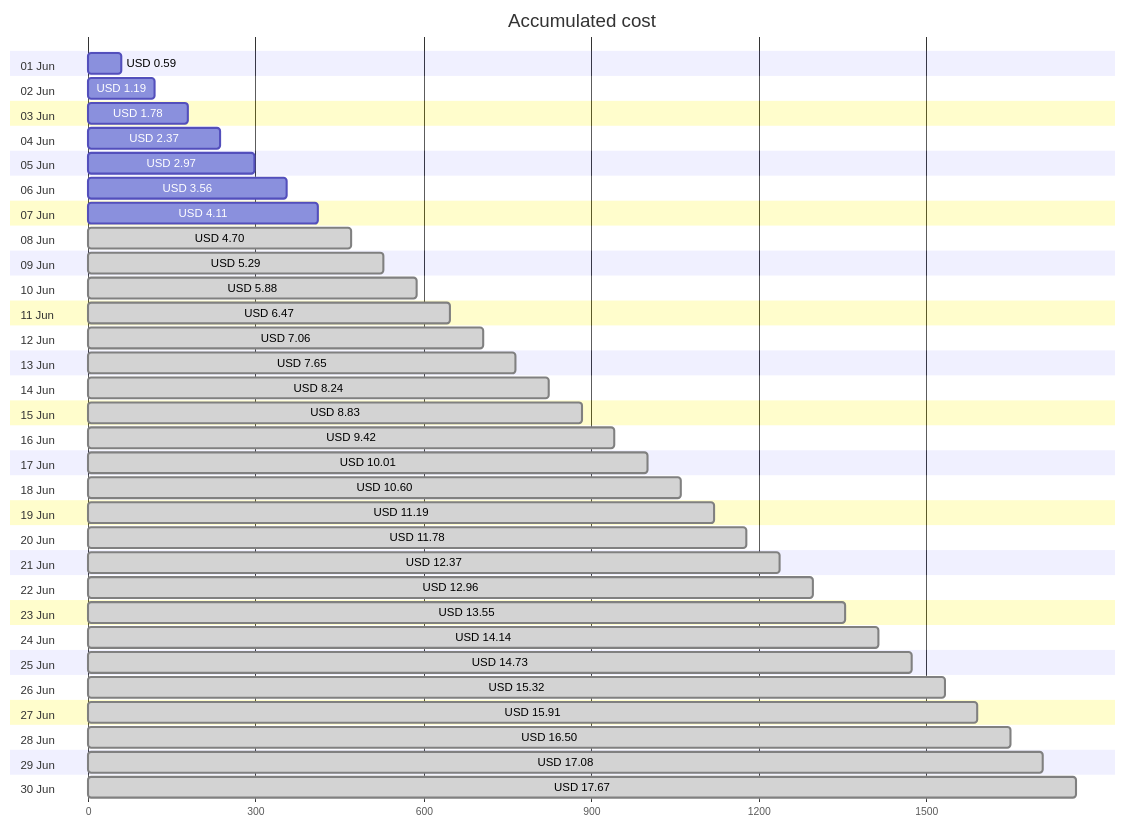
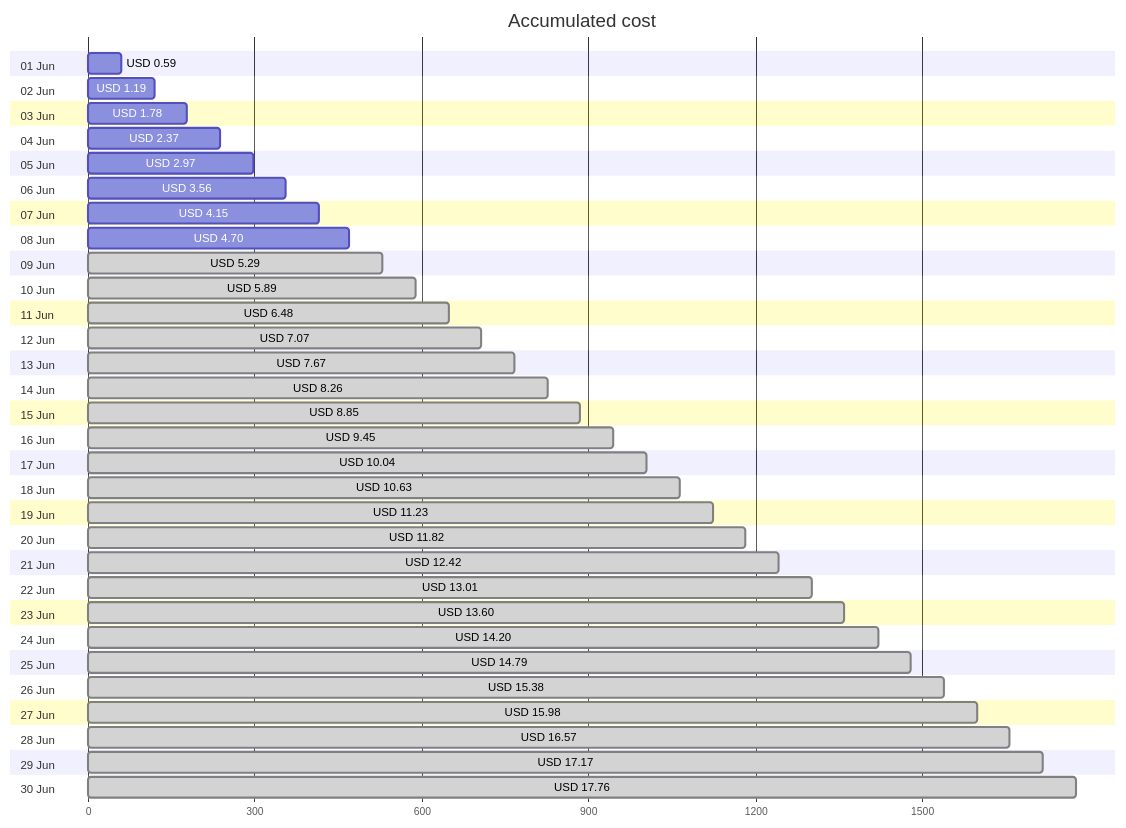
The first of 4 diagrams in cost-reports/personal-site/README.md (jpfulton/azure-personal-reports), drawn with Mermaid before and after one commit. The commit also changed other lines of this file and 6 other files, not shown here.

````diff
--- a/cost-reports/personal-site/README.md
+++ b/cost-reports/personal-site/README.md
@@ -20,66 +20,66 @@
 ```mermaid
 gantt
    title Accumulated cost
    dateFormat  X
    axisFormat %s
    section 01 Jun
    USD 0.59 :0, 59
    section 02 Jun
    USD 1.19 :0, 119
    section 03 Jun
    USD 1.78 :0, 178
    section 04 Jun
    USD 2.37 :0, 237
    section 05 Jun
    USD 2.97 :0, 297
    section 06 Jun
    USD 3.56 :0, 356
    section 07 Jun
-   USD 4.11 :0, 411
+   USD 4.15 :0, 415
    section 08 Jun
-   USD 4.70 : done, 0, 470
+   USD 4.70 :0, 470
    section 09 Jun
    USD 5.29 : done, 0, 529
    section 10 Jun
-   USD 5.88 : done, 0, 588
+   USD 5.89 : done, 0, 589
    section 11 Jun
-   USD 6.47 : done, 0, 647
+   USD 6.48 : done, 0, 648
    section 12 Jun
-   USD 7.06 : done, 0, 706
+   USD 7.07 : done, 0, 707
    section 13 Jun
-   USD 7.65 : done, 0, 765
+   USD 7.67 : done, 0, 767
    section 14 Jun
-   USD 8.24 : done, 0, 824
+   USD 8.26 : done, 0, 826
    section 15 Jun
-   USD 8.83 : done, 0, 883
+   USD 8.85 : done, 0, 885
    section 16 Jun
-   USD 9.42 : done, 0, 942
+   USD 9.45 : done, 0, 945
    section 17 Jun
-   USD 10.01 : done, 0, 1001
+   USD 10.04 : done, 0, 1004
    section 18 Jun
-   USD 10.60 : done, 0, 1060
+   USD 10.63 : done, 0, 1063
    section 19 Jun
-   USD 11.19 : done, 0, 1119
+   USD 11.23 : done, 0, 1123
    section 20 Jun
-   USD 11.78 : done, 0, 1178
+   USD 11.82 : done, 0, 1182
    section 21 Jun
-   USD 12.37 : done, 0, 1237
+   USD 12.42 : done, 0, 1242
    section 22 Jun
-   USD 12.96 : done, 0, 1296
+   USD 13.01 : done, 0, 1301
    section 23 Jun
-   USD 13.55 : done, 0, 1355
+   USD 13.60 : done, 0, 1360
    section 24 Jun
-   USD 14.14 : done, 0, 1414
+   USD 14.20 : done, 0, 1420
    section 25 Jun
-   USD 14.73 : done, 0, 1473
+   USD 14.79 : done, 0, 1479
    section 26 Jun
-   USD 15.32 : done, 0, 1532
+   USD 15.38 : done, 0, 1538
    section 27 Jun
-   USD 15.91 : done, 0, 1591
+   USD 15.98 : done, 0, 1598
    section 28 Jun
-   USD 16.50 : done, 0, 1650
+   USD 16.57 : done, 0, 1657
    section 29 Jun
-   USD 17.08 : done, 0, 1708
+   USD 17.17 : done, 0, 1717
    section 30 Jun
-   USD 17.67 : done, 0, 1767
+   USD 17.76 : done, 0, 1776
 ```
````
